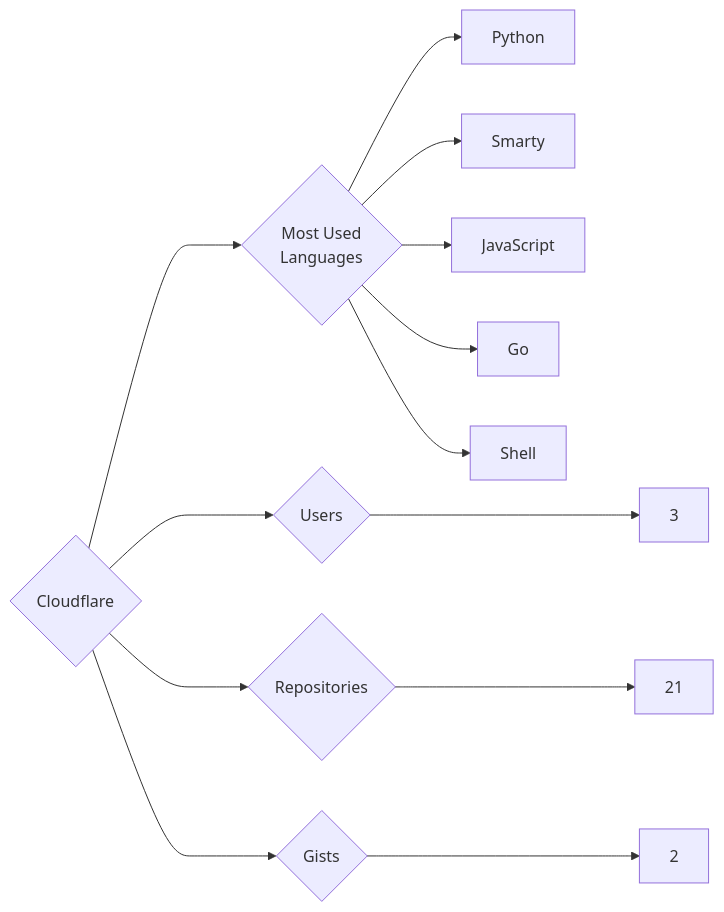
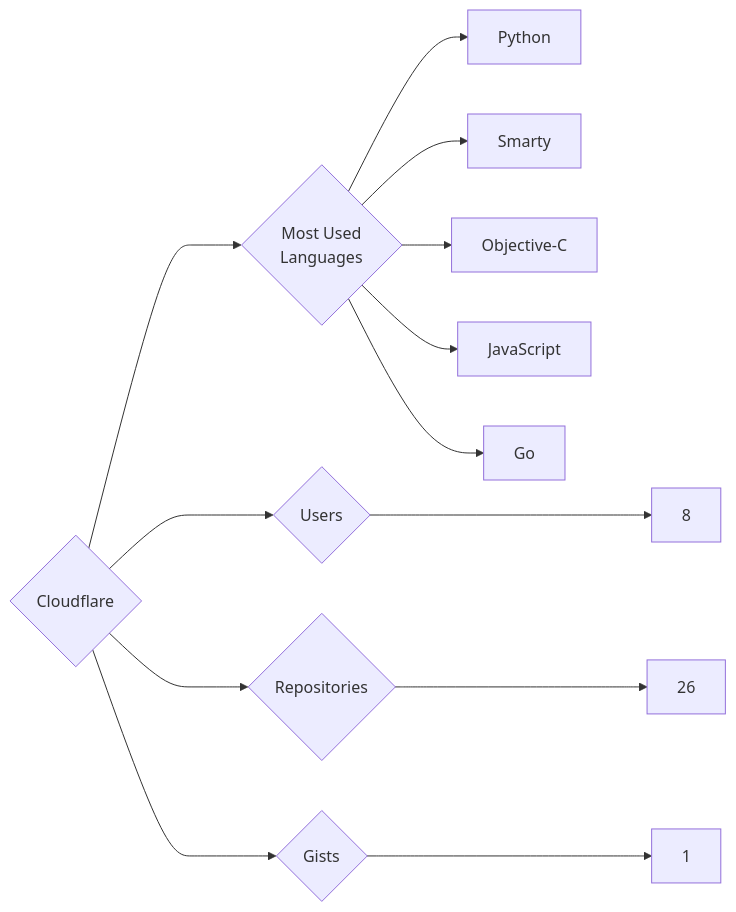
Before and after one commit to trickest/insiders: the diagram in targets/Cloudflare/README.md, drawn with Mermaid. The commit also changed 1166 other files, not shown here.

````diff
--- a/targets/Cloudflare/README.md
+++ b/targets/Cloudflare/README.md
@@ -3,13 +3,13 @@
 ```mermaid
 graph LR
 COMPANY_NAME{Cloudflare}
-COMPANY_NAME ---> U{Users} ---> UN[3]
-COMPANY_NAME ---> R{Repositories} ---> RN[21]
-COMPANY_NAME ---> G{Gists} ---> GN[2]
+COMPANY_NAME ---> U{Users} ---> UN[8]
+COMPANY_NAME ---> R{Repositories} ---> RN[26]
+COMPANY_NAME ---> G{Gists} ---> GN[1]
 COMPANY_NAME ---> ML{Most Used<br>Languages}
 ML --> Python[Python]
 ML --> Smarty[Smarty]
+ML --> Objective-C[Objective-C]
 ML --> JavaScript[JavaScript]
 ML --> Go[Go]
-ML --> Shell[Shell]
 ```
````
